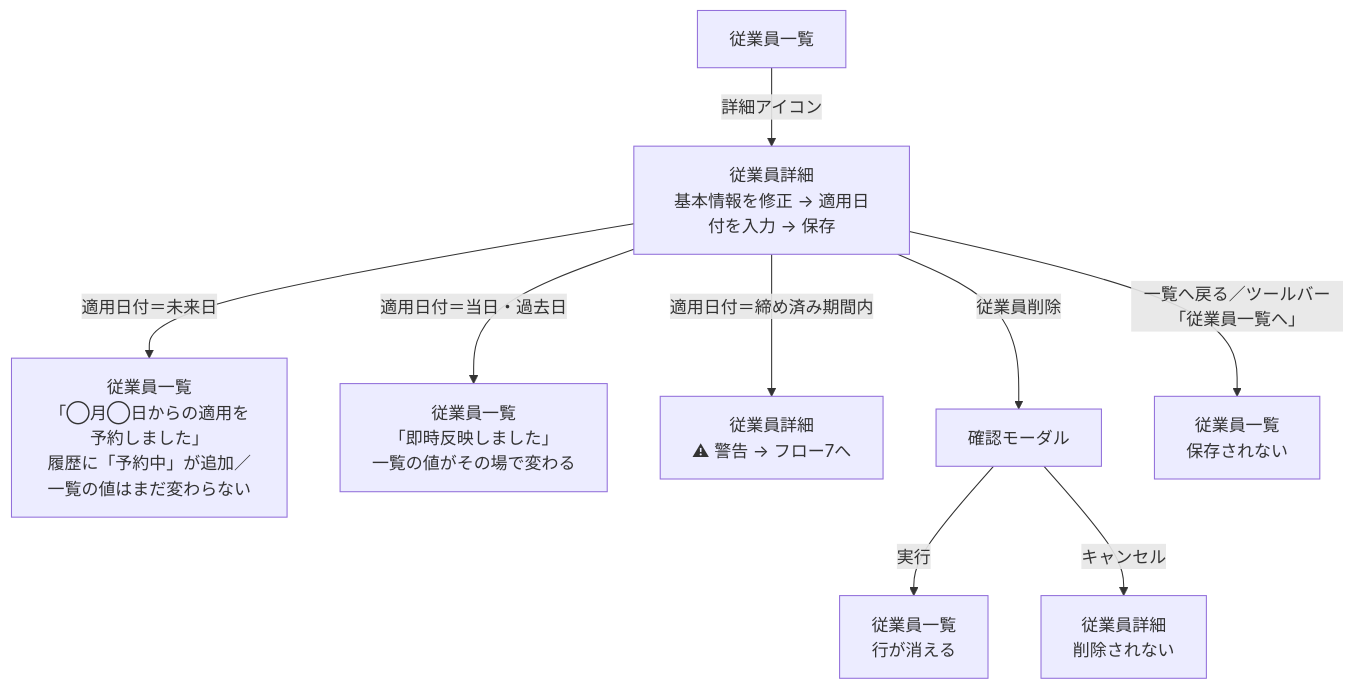
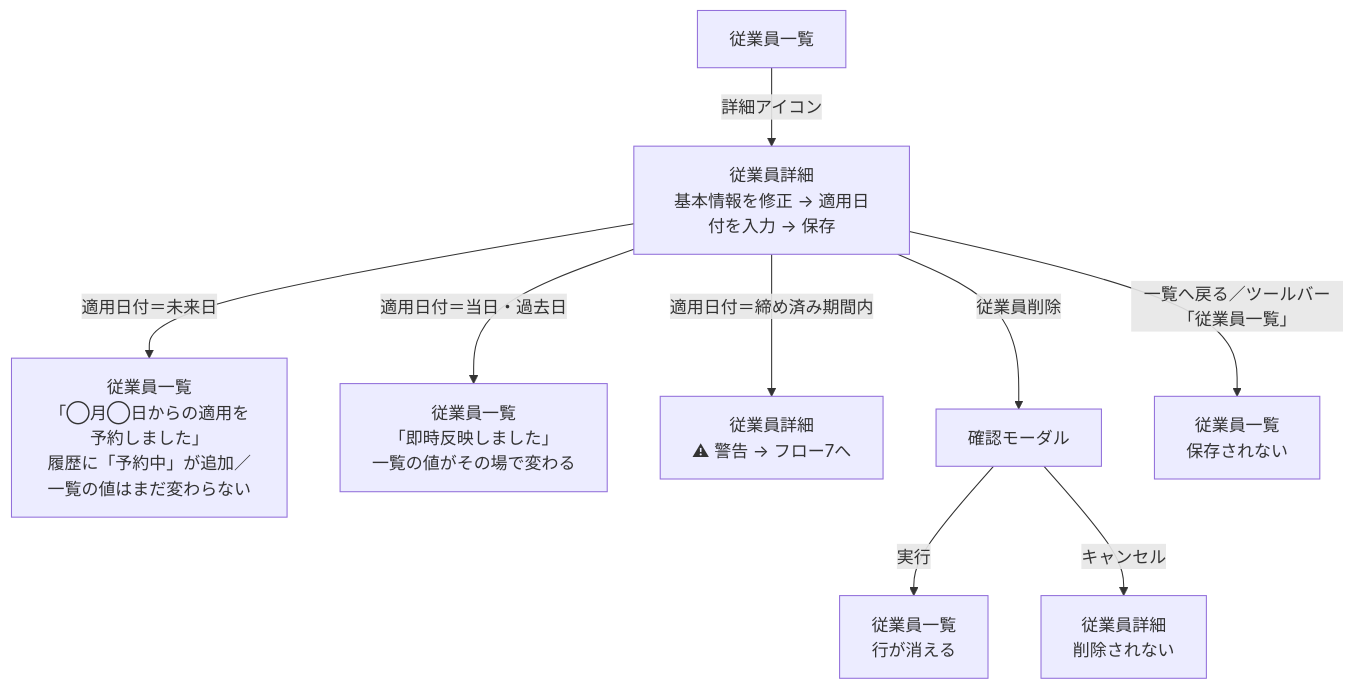
Before and after one commit to suguru789987/rakmy-employee-mgmt-spec: the fourth of 15 diagrams in 20260803_01_従業員管理_仕様書_PdM版.md, drawn with Mermaid. The commit also changed other lines of this file and 28 other files, not shown here.

````diff
--- a/20260803_01_従業員管理_仕様書_PdM版.md
+++ b/20260803_01_従業員管理_仕様書_PdM版.md
@@ -224,11 +224,11 @@
 ```mermaid
 flowchart TB
   EL["従業員一覧"] -->|"詳細アイコン"| ED["従業員詳細<br/>基本情報を修正 → 適用日付を入力 → 保存"]
   ED -->|"適用日付＝未来日"| A["従業員一覧<br/>「◯月◯日からの適用を予約しました」<br/>履歴に「予約中」が追加／一覧の値はまだ変わらない"]
   ED -->|"適用日付＝当日・過去日"| B["従業員一覧<br/>「即時反映しました」<br/>一覧の値がその場で変わる"]
   ED -->|"適用日付＝締め済み期間内"| C["従業員詳細<br/>⚠ 警告 → フロー7へ"]
   ED -->|"従業員削除"| M["確認モーダル"]
   M -->|"実行"| D["従業員一覧<br/>行が消える"]
   M -->|"キャンセル"| E["従業員詳細<br/>削除されない"]
-  ED -->|"一覧へ戻る／ツールバー「従業員一覧へ」"| F["従業員一覧<br/>保存されない"]
+  ED -->|"一覧へ戻る／ツールバー「従業員一覧」"| F["従業員一覧<br/>保存されない"]
 ```
````
